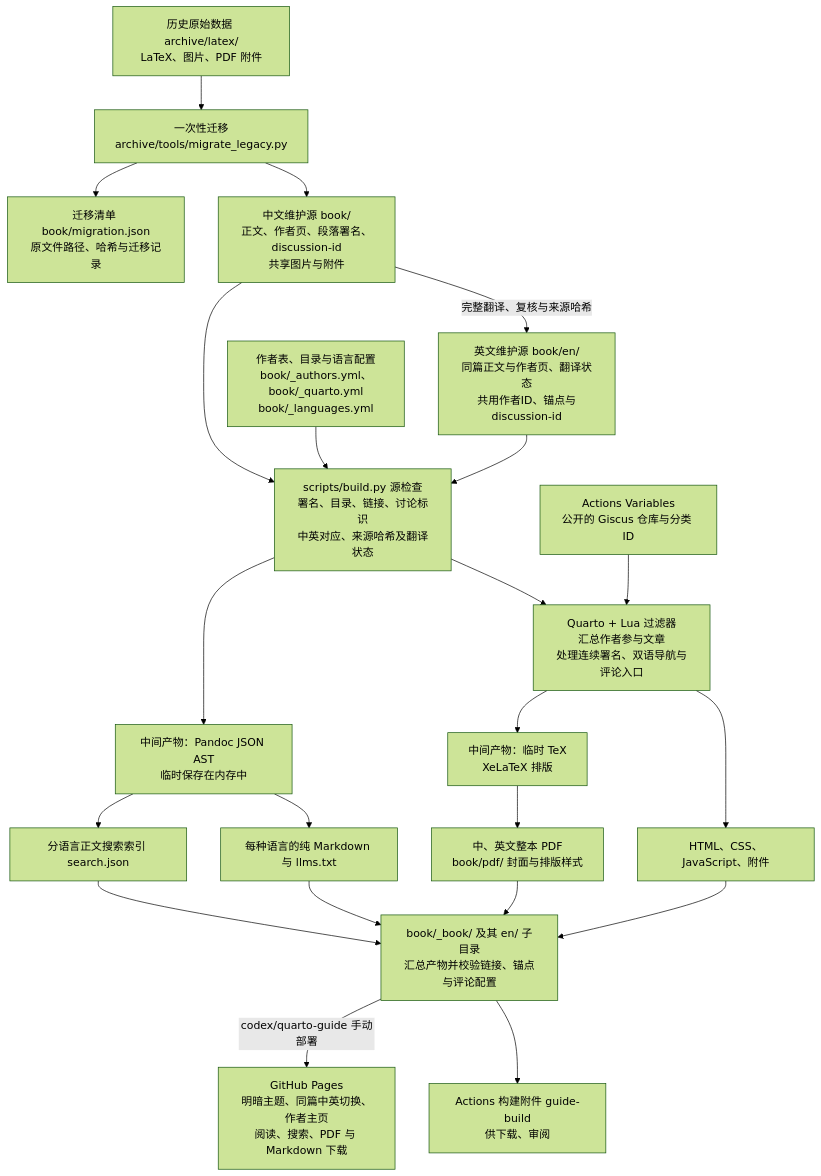
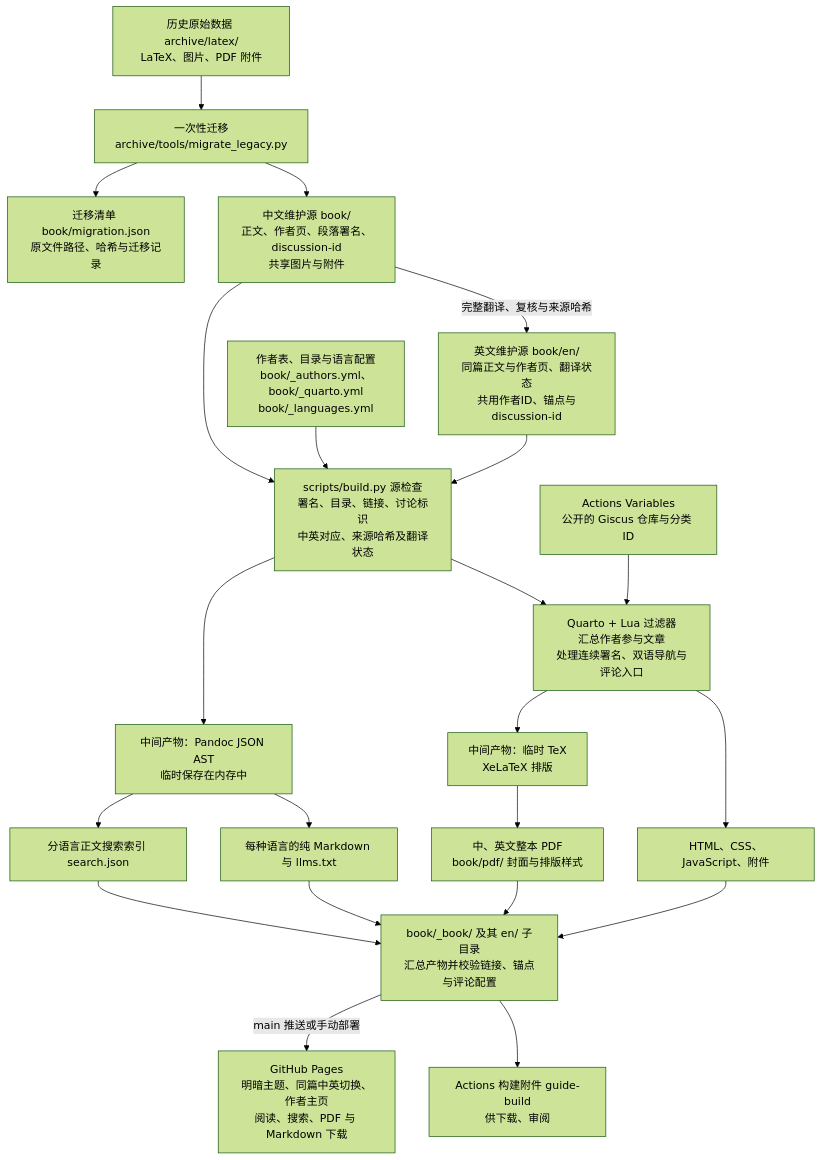
Before and after one commit to xp-pgrs-unofficial-guide/xp_pgrs_unofficial_guide: the first of 2 diagrams in docs/data-flow.md, drawn with Mermaid (forest theme). The commit also changed other lines of this file and 10 other files, not shown here.

````diff
--- a/docs/data-flow.md
+++ b/docs/data-flow.md
@@ -7,32 +7,32 @@
 ```mermaid
 flowchart TD
     OLD["历史原始数据 archive/latex/<br/>LaTeX、图片、PDF 附件"]
     OLD --> MIG["一次性迁移<br/>archive/tools/migrate_legacy.py"]
     MIG --> SRC["中文维护源 book/<br/>正文、作者页、段落署名、discussion-id<br/>共享图片与附件"]
     SRC -->|"完整翻译、复核与来源哈希"| EN["英文维护源 book/en/<br/>同篇正文与作者页、翻译状态<br/>共用作者ID、锚点与discussion-id"]
     MIG --> MAN["迁移清单 book/migration.json<br/>原文件路径、哈希与迁移记录"]
 
     META["作者表、目录与语言配置<br/>book/_authors.yml、book/_quarto.yml<br/>book/_languages.yml"]
     SRC --> CHECK["scripts/build.py 源检查<br/>署名、目录、链接、讨论标识<br/>中英对应、来源哈希及翻译状态"]
     EN --> CHECK
     META --> CHECK
 
     CHECK --> RENDER["Quarto + Lua 过滤器<br/>汇总作者参与文章<br/>处理连续署名、双语导航与评论入口"]
     VARS["Actions Variables<br/>公开的 Giscus 仓库与分类 ID"] --> RENDER
 
     RENDER --> HTML["HTML、CSS、JavaScript、附件"]
     RENDER --> TEX["中间产物：临时 TeX<br/>XeLaTeX 排版"]
     TEX --> PDF["中、英文整本 PDF<br/>book/pdf/ 封面与排版样式"]
 
     CHECK --> AST["中间产物：Pandoc JSON AST<br/>临时保存在内存中"]
     AST --> MD["每种语言的纯 Markdown 与 llms.txt"]
     AST --> SEARCH["分语言正文搜索索引 search.json"]
 
     HTML --> OUT["book/_book/ 及其 en/ 子目录<br/>汇总产物并校验链接、锚点与评论配置"]
     PDF --> OUT
     MD --> OUT
     SEARCH --> OUT
 
     OUT --> ART["Actions 构建附件 guide-build<br/>供下载、审阅"]
-    OUT -->|"codex/quarto-guide 手动部署"| PAGES["GitHub Pages<br/>明暗主题、同篇中英切换、作者主页<br/>阅读、搜索、PDF 与 Markdown 下载"]
+    OUT -->|"main 推送或手动部署"| PAGES["GitHub Pages<br/>明暗主题、同篇中英切换、作者主页<br/>阅读、搜索、PDF 与 Markdown 下载"]
 ```
````
